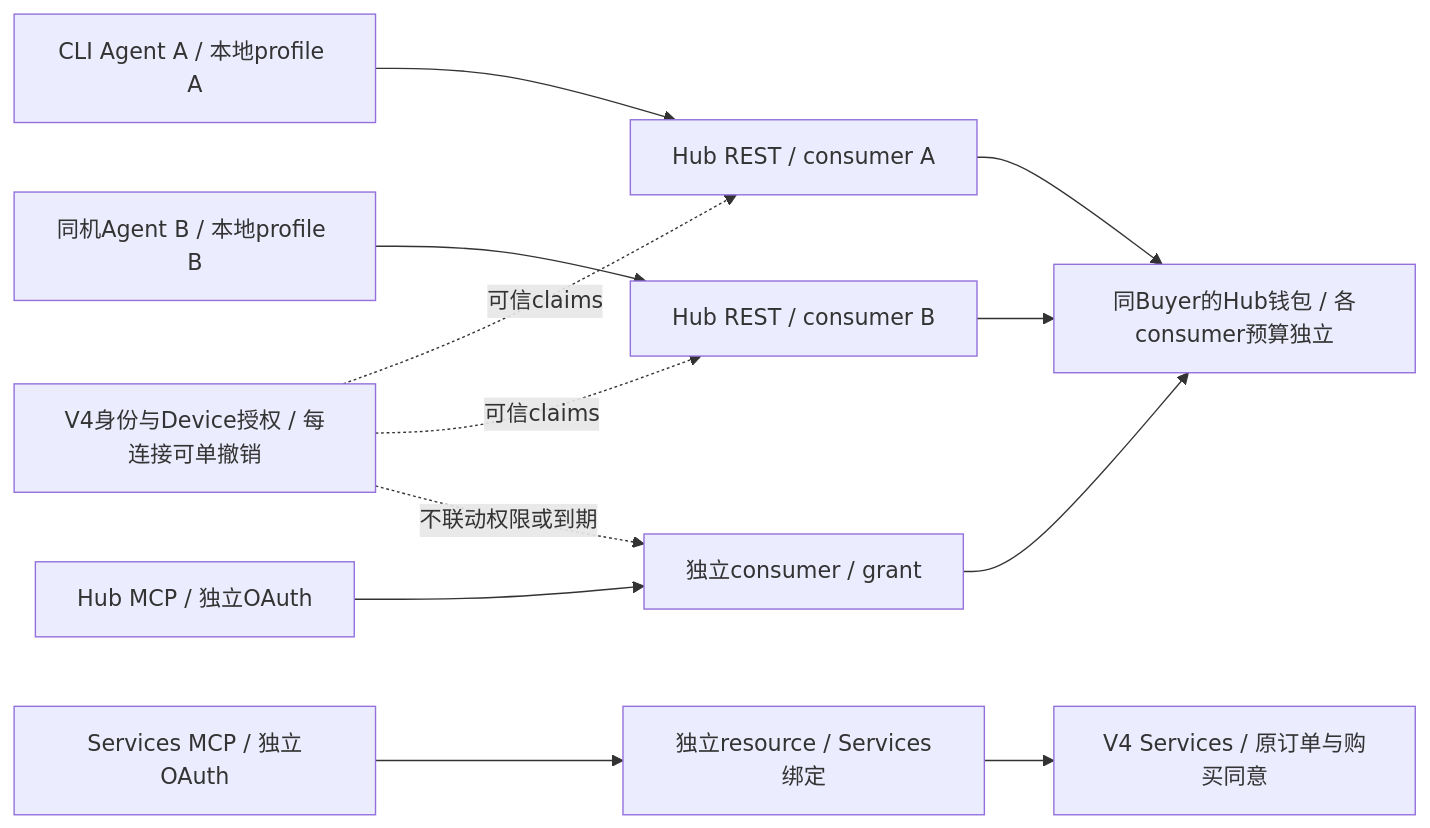
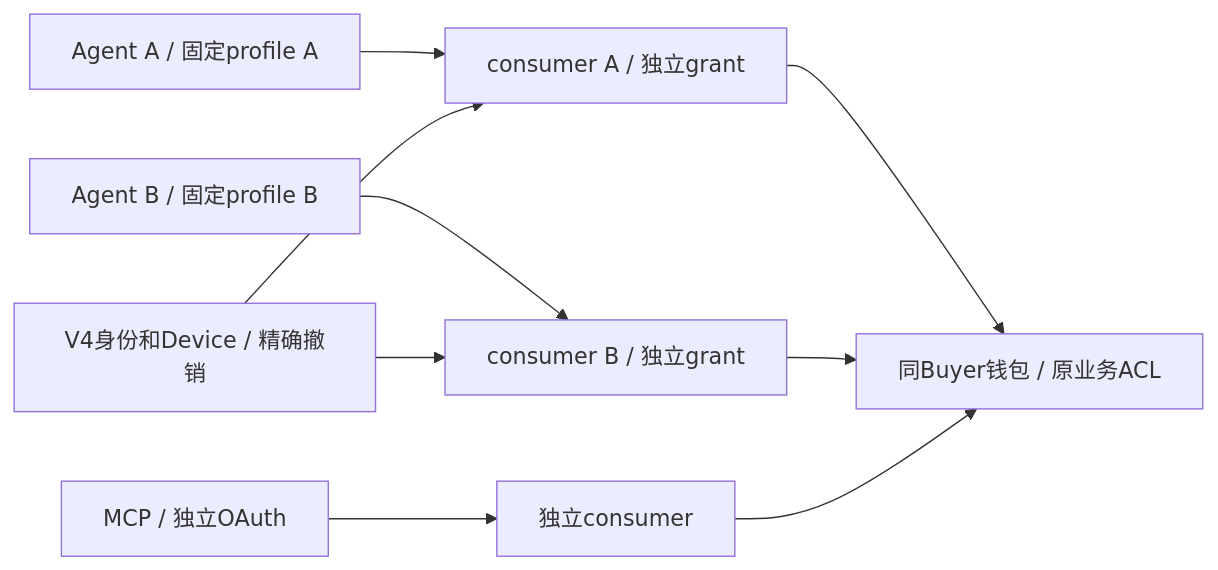
The second of 2 diagrams in docs/ARCHITECTURE.md (itpay-ai/cli), drawn with Mermaid before and after one commit. The commit also changed other lines of this file and 3 other files, not shown here.

````diff
--- a/docs/ARCHITECTURE.md
+++ b/docs/ARCHITECTURE.md
@@ -55,14 +51,11 @@
 ```mermaid
 flowchart LR
-  CA["CLI Agent A / 本地profile A"] --> RA["Hub REST / consumer A"]
-  CB["同机Agent B / 本地profile B"] --> RB["Hub REST / consumer B"]
-  HM["Hub MCP / 独立OAuth"] --> HC["独立consumer / grant"]
-  SM["Services MCP / 独立OAuth"] --> SC["独立resource / Services绑定"]
-  RA --> WA["同Buyer的Hub钱包 / 各consumer预算独立"]
-  RB --> WA
-  HC --> WA
-  V4["V4身份与Device授权 / 每连接可单撤销"] -."可信claims".-> RA
-  V4 -."可信claims".-> RB
-  V4 -."不联动权限或到期".-> HC
-  SC --> VS["V4 Services / 原订单与购买同意"]
+ A[Agent A / 固定profile A] --> C[consumer A / 独立grant]
+ B[Agent B / 固定profile B] --> E[consumer B / 独立grant]
+ M[MCP / 独立OAuth] --> H[独立consumer]
+ V[V4身份和Device / 精确撤销] --> C
+ V --> E
+ C --> W[同Buyer钱包 / 原业务ACL]
+ E --> W
+ H --> W
 ```
````
